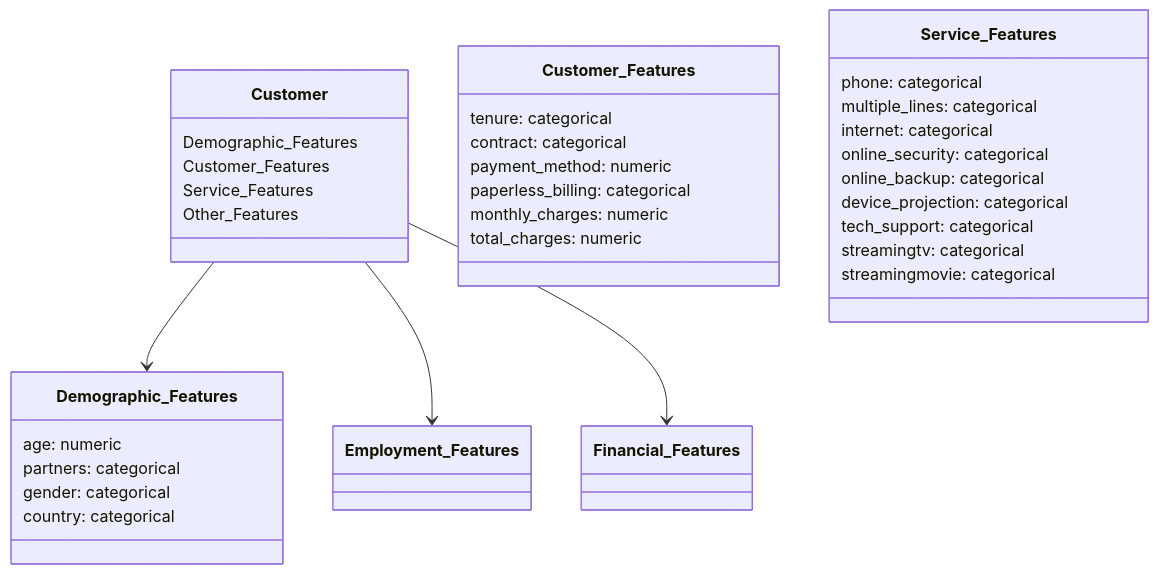
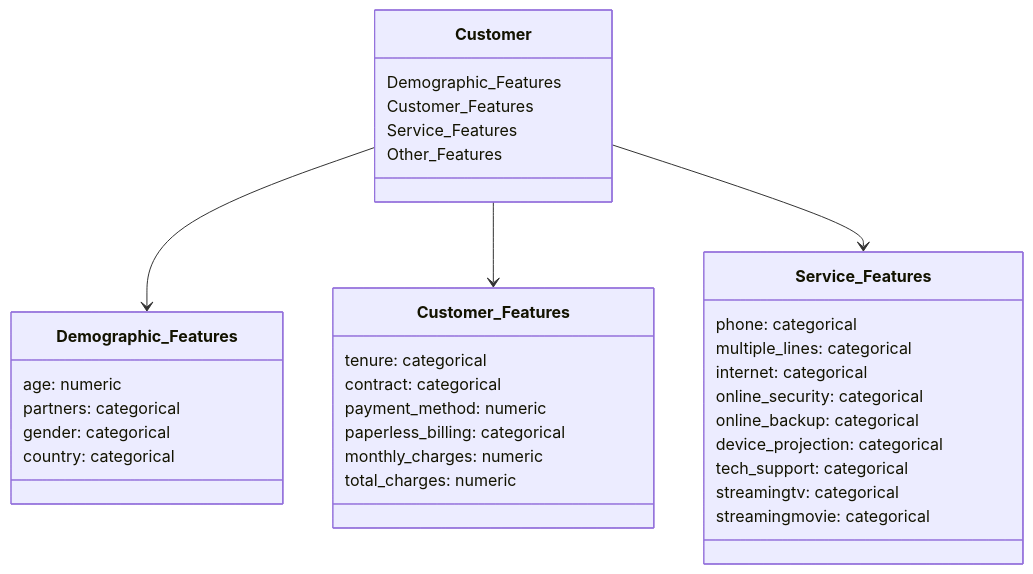
One commit to mtrp12/mlops-workflow-1 changed the diagram in README.md. Above: the diagram before and after it, drawn with Mermaid.

````diff
--- a/README.md
+++ b/README.md
@@ -12,41 +12,41 @@
 ```mermaid
 classDiagram
     class Customer {
         Demographic_Features
         Customer_Features
         Service_Features
         Other_Features
     }
     
     class Demographic_Features {
         age: numeric
         partners: categorical
         gender: categorical
         country: categorical
     }
     
     class Customer_Features {
         tenure: categorical
         contract: categorical
         payment_method: numeric
         paperless_billing: categorical
         monthly_charges: numeric
         total_charges: numeric
     }
     
     class Service_Features {
         phone: categorical
         multiple_lines: categorical
         internet: categorical
         online_security: categorical
         online_backup: categorical
         device_projection: categorical
         tech_support: categorical
         streamingtv: categorical
         streamingmovie: categorical
     }
     
     Customer --> Demographic_Features
-    Customer --> Employment_Features
-    Customer --> Financial_Features
+    Customer --> Customer_Features
+    Customer --> Service_Features
 ```
````
